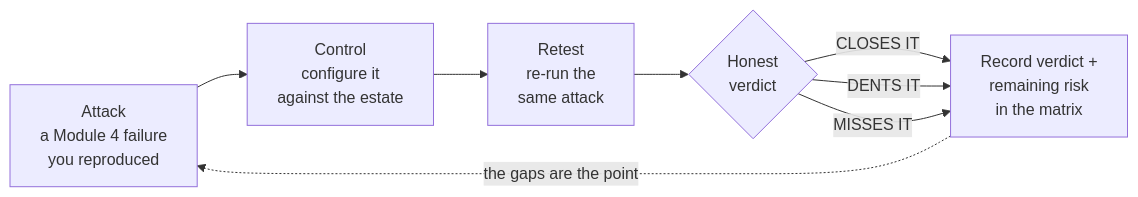
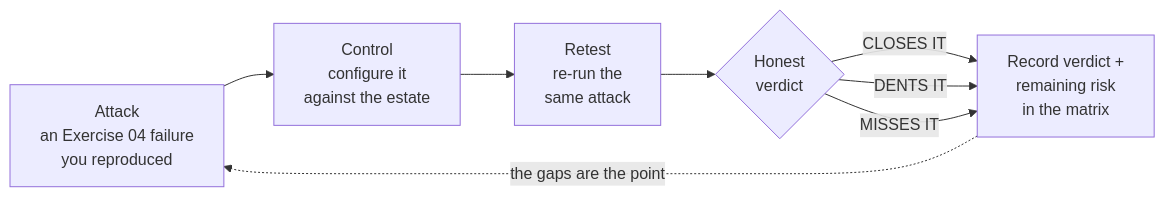
The diagram in docs/05_test_the_controls/05_test_the_controls.md (solliancenet/copilot-studio-shadow-agents-workshop), drawn with Mermaid before and after one commit. The commit also changed other lines of this file and 35 other files, not shown here.

````diff
--- a/docs/05_test_the_controls/05_test_the_controls.md
+++ b/docs/05_test_the_controls/05_test_the_controls.md
@@ -31,10 +31,10 @@
 ```mermaid
 flowchart LR
-  A["Attack<br/>a Module 4 failure<br/>you reproduced"] --> C["Control<br/>configure it<br/>against the estate"]
+  A["Attack<br/>an Exercise 04 failure<br/>you reproduced"] --> C["Control<br/>configure it<br/>against the estate"]
   C --> R["Retest<br/>re-run the<br/>same attack"]
   R --> V{"Honest<br/>verdict"}
   V -->|CLOSES IT| Rec["Record verdict +<br/>remaining risk<br/>in the matrix"]
   V -->|DENTS IT| Rec
   V -->|MISSES IT| Rec
   Rec -.->|the gaps are the point| A
 ```
````
